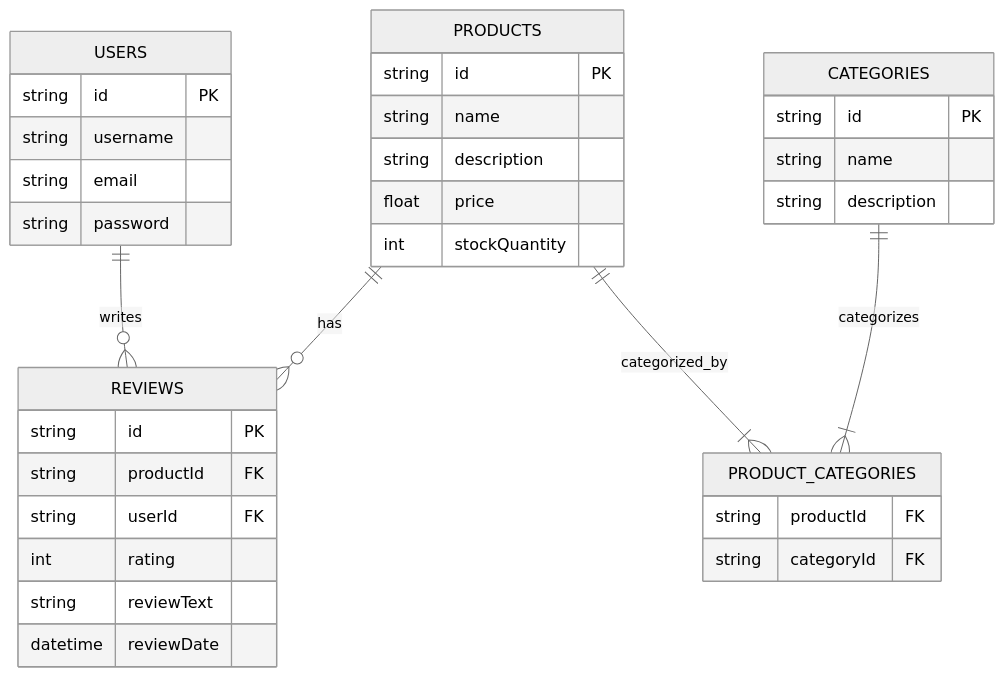
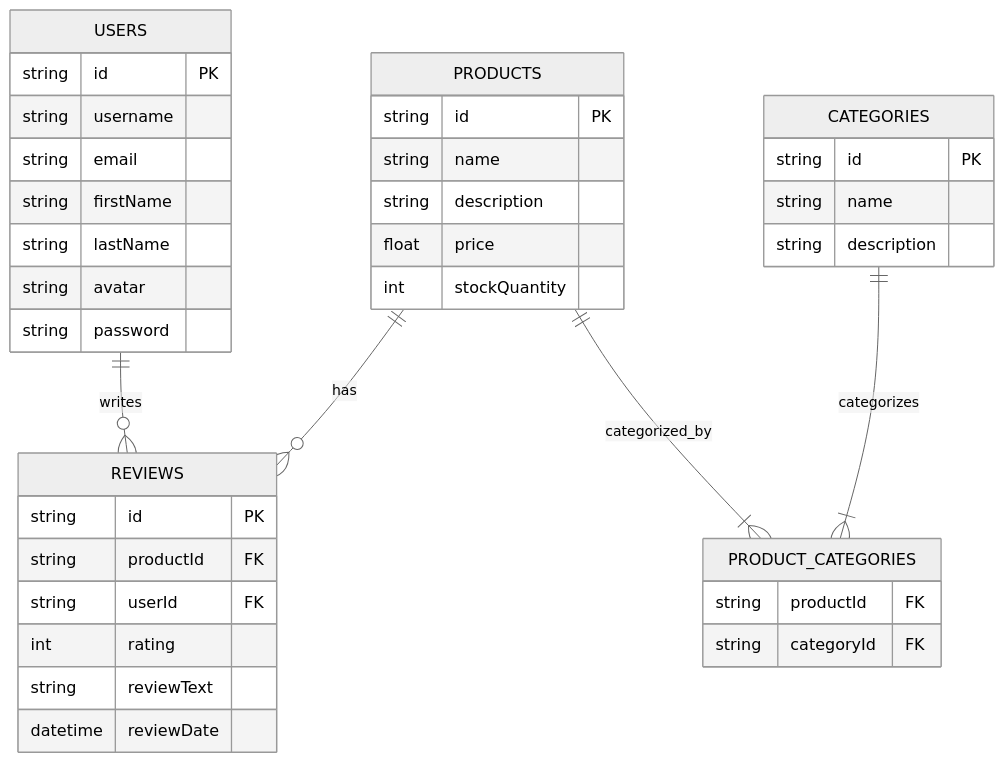
One commit to corndel-swe/js-nozama-woodde-ubs changed the diagram in README.md. Above: the diagram before and after it, drawn with Mermaid (neutral theme). The commit also changed other lines of this file and 2 other files, not shown here.

````diff
--- a/README.md
+++ b/README.md
@@ -22,42 +25,45 @@
 ```mermaid
 erDiagram
     USERS ||--o{ REVIEWS : writes
     PRODUCTS ||--o{ REVIEWS : has
     PRODUCTS ||--|{ PRODUCT_CATEGORIES : categorized_by
     CATEGORIES ||--|{ PRODUCT_CATEGORIES : categorizes
 
     USERS {
         string id PK
         string username
         string email
+        string firstName
+        string lastName
+        string avatar
         string password
     }
 
     PRODUCTS {
         string id PK
         string name
         string description
         float price
         int stockQuantity
     }
 
     CATEGORIES {
         string id PK
         string name
         string description
     }
 
     PRODUCT_CATEGORIES {
         string productId FK
         string categoryId FK
     }
 
     REVIEWS {
         string id PK
         string productId FK
         string userId FK
         int rating
         string reviewText
         datetime reviewDate
     }
 ```
````
